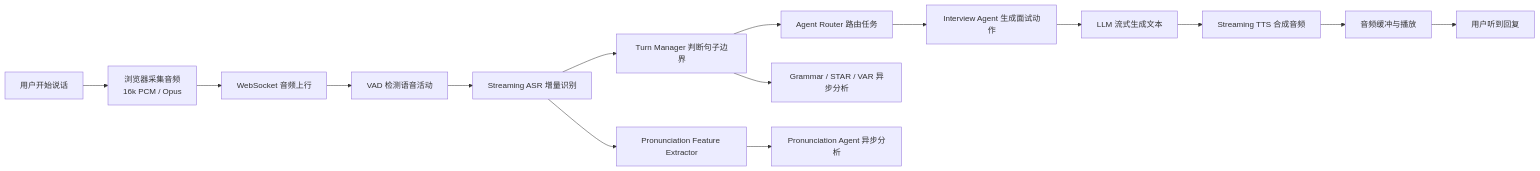
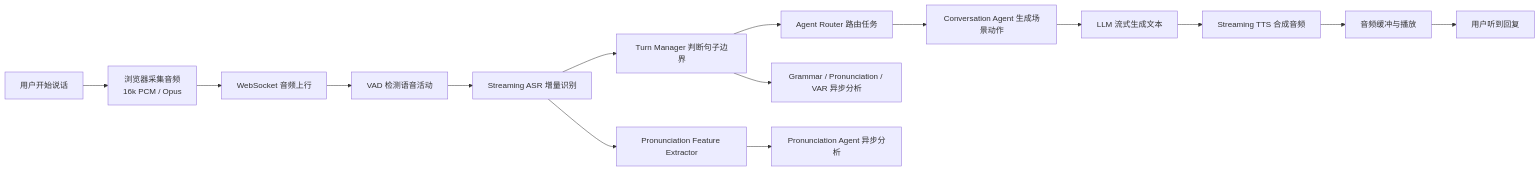
Before and after one commit to rockcj/qibiuyun: the second of 9 diagrams in OfferGPT技术架构设计文档.md, drawn with Mermaid. The commit also changed other lines of this file and 1 other file, not shown here.

````diff
--- a/OfferGPT技术架构设计文档.md
+++ b/OfferGPT技术架构设计文档.md
@@ -160,18 +164,18 @@
 ```mermaid
 flowchart LR
     A[用户开始说话] --> B[浏览器采集音频<br/>16k PCM / Opus]
     B --> C[WebSocket 音频上行]
     C --> D[VAD 检测语音活动]
     D --> E[Streaming ASR 增量识别]
     E --> F[Turn Manager 判断句子边界]
     F --> G[Agent Router 路由任务]
-    G --> H[Interview Agent 生成面试动作]
+    G --> H[Conversation Agent 生成场景动作]
     H --> I[LLM 流式生成文本]
     I --> J[Streaming TTS 合成音频]
     J --> K[音频缓冲与播放]
     K --> L[用户听到回复]
 
     E --> M[Pronunciation Feature Extractor]
     M --> N[Pronunciation Agent 异步分析]
-    F --> O[Grammar / STAR / VAR 异步分析]
+    F --> O[Grammar / Pronunciation / VAR 异步分析]
 ```
````
